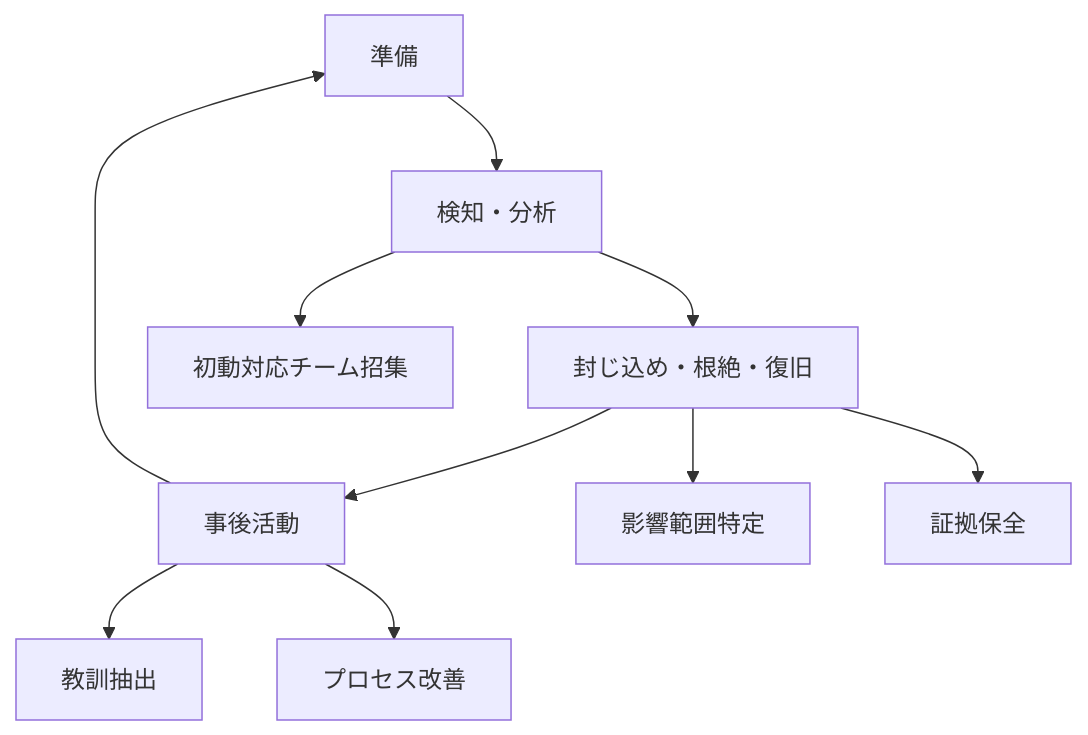
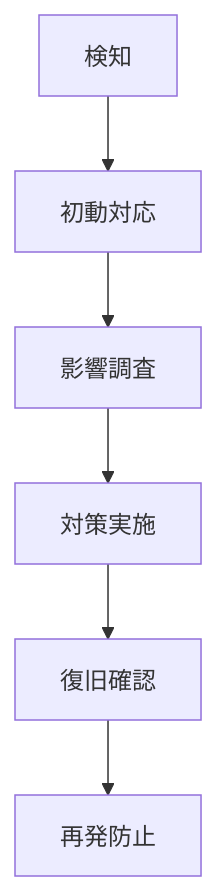
One commit to wate/copilot-training changed the diagram in .github/chatmodes/security-engineer.chatmode.md. Above: the diagram before and after it, drawn with Mermaid. The commit also changed other lines of this file, not shown here.

````diff
--- a/.github/chatmodes/security-engineer.chatmode.md
+++ b/.github/chatmodes/security-engineer.chatmode.md
@@ -257,13 +274,8 @@
 ```mermaid
 graph TD
-    A[準備] --> B[検知・分析]
-    B --> C[封じ込め・根絶・復旧]
-    C --> D[事後活動]
-    D --> A
-
-    B --> E[初動対応チーム招集]
-    C --> F[影響範囲特定]
-    C --> G[証拠保全]
-    D --> H[教訓抽出]
-    D --> I[プロセス改善]
+    A[検知] --> B[初動対応]
+    B --> C[影響調査]
+    C --> D[対策実施]
+    D --> E[復旧確認]
+    E --> F[再発防止]
 ```
````
